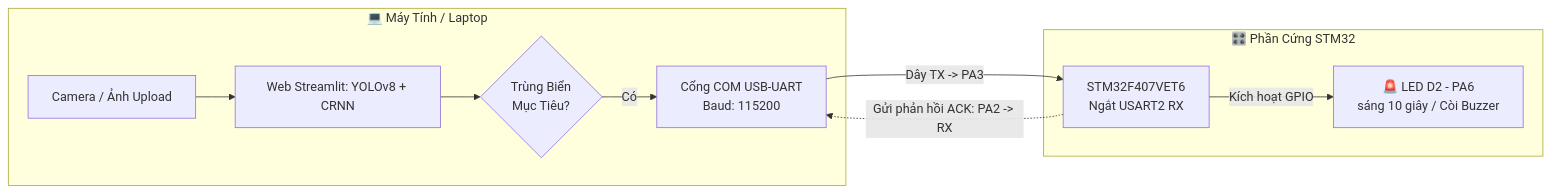
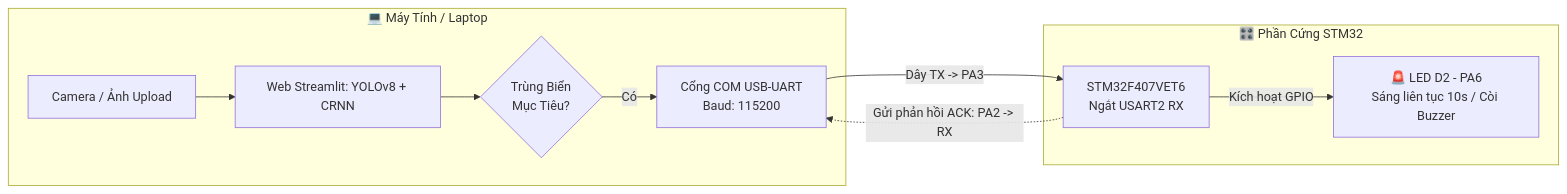
The third of 4 diagrams in README.md (thang0989052585-del/DA_KY_523100182_He_Thong_Nhan_dien_bien_so_xe), drawn with Mermaid before and after one commit. The commit also changed other lines of this file and 6 other files, not shown here.

Commit message:
fix(iot): cap nhat co che STM32 sang LED D2 lien tuc 10s khi nhan dien xe thay vi nhap nhay

````diff
--- a/README.md
+++ b/README.md
@@ -206,14 +211,14 @@
 ```mermaid
 flowchart LR
     subgraph Laptop["💻 Máy Tính / Laptop"]
         Cam[Camera / Ảnh Upload] --> AI[Web Streamlit: YOLOv8 + CRNN]
         AI --> Match{Trùng Biển<br/>Mục Tiêu?}
         Match -- Có --> Serial[Cổng COM USB-UART<br/>Baud: 115200]
     end
 
     subgraph Hardware["🎛️ Phần Cứng STM32"]
         Serial -->|Dây TX -> PA3| STM[STM32F407VET6<br/>Ngắt USART2 RX]
-        STM -->|Kích hoạt GPIO| LED[🚨 LED D2 - PA6<br/>sáng 10 giây / Còi Buzzer]
+        STM -->|Kích hoạt GPIO| LED[🚨 LED D2 - PA6<br/>Sáng liên tục 10s / Còi Buzzer]
         STM -.->|Gửi phản hồi ACK: PA2 -> RX| Serial
     end
 ```
````
